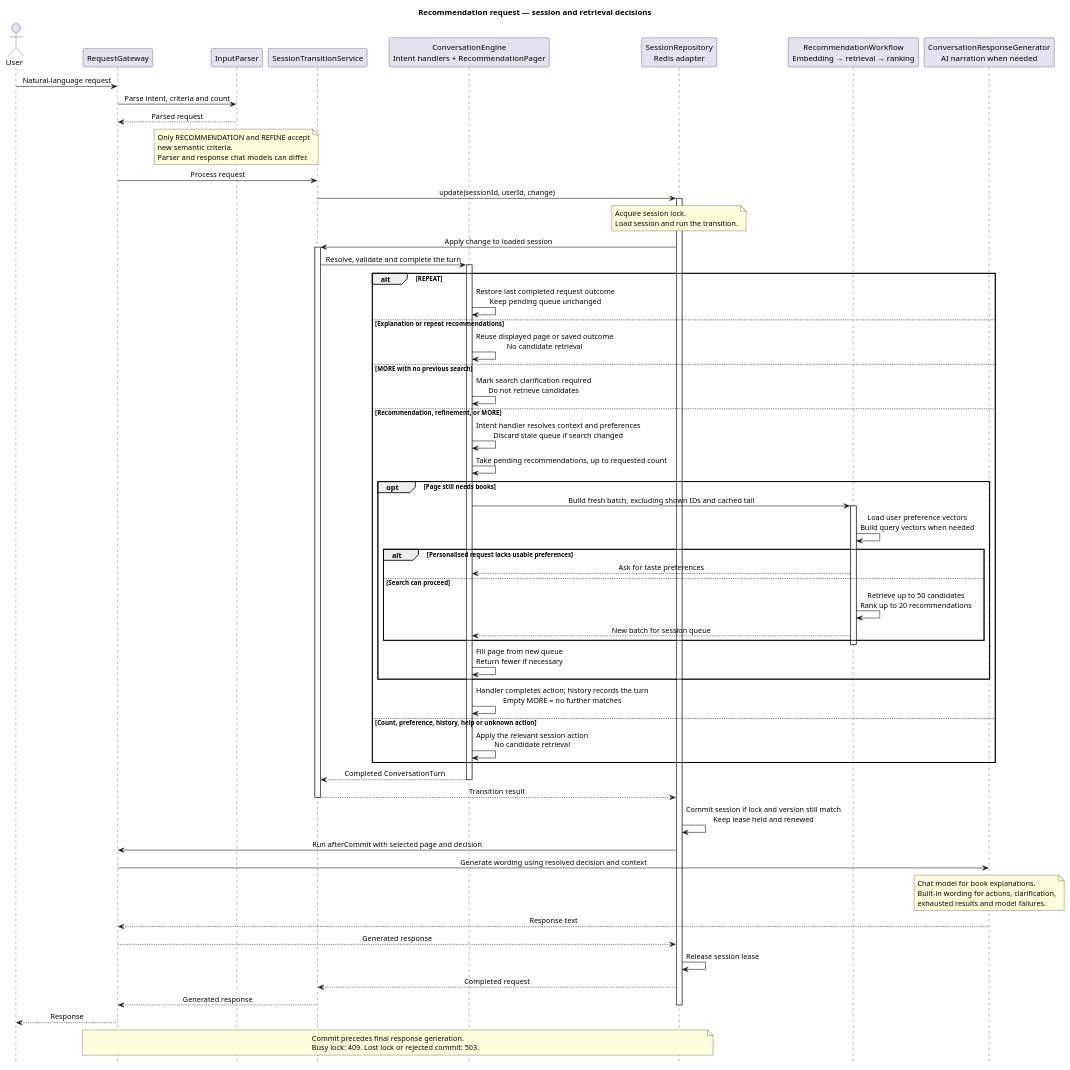
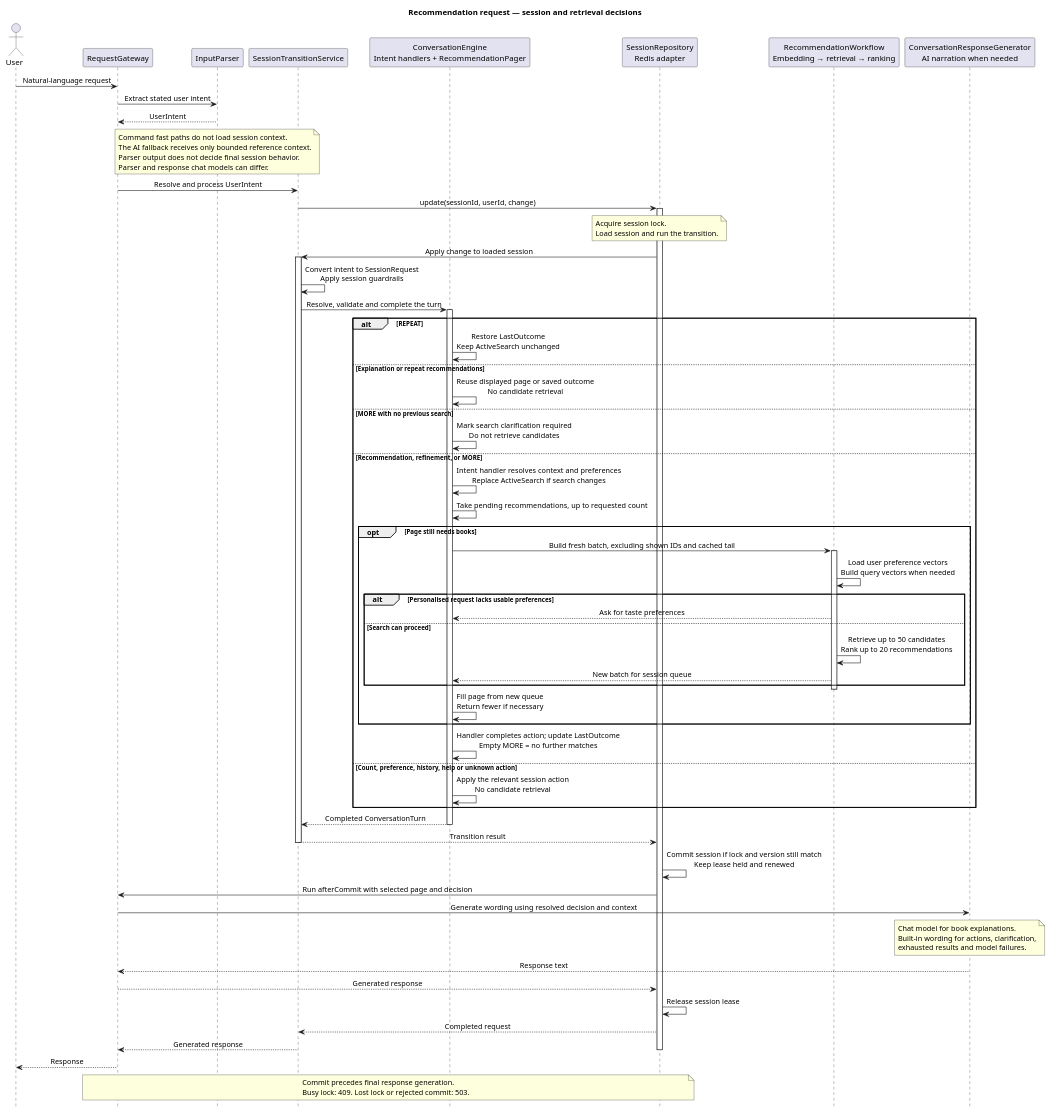
Before and after one commit to Juliu9/IT-Project: the diagram in docs/diagrams/recommendation-flow.puml, drawn with PlantUML. The commit also changed 145 other files, not shown here.

```diff
--- a/docs/diagrams/recommendation-flow.puml
+++ b/docs/diagrams/recommendation-flow.puml
@@ -1,88 +1,90 @@
 @startuml
 title Recommendation request — session and retrieval decisions
 skinparam backgroundColor #FFFFFF
 skinparam shadowing false
 skinparam defaultFontName SansSerif
 skinparam sequenceMessageAlign center
 hide footbox
 
 actor User
 participant RequestGateway as Gateway
 participant InputParser as Parser
 participant SessionTransitionService as Transition
 participant "ConversationEngine\nIntent handlers + RecommendationPager" as Engine
 participant "SessionRepository\nRedis adapter" as Sessions
 participant "RecommendationWorkflow\nEmbedding → retrieval → ranking" as Workflow
 participant "ConversationResponseGenerator\nAI narration when needed" as Response
 
 User -> Gateway : Natural-language request
-Gateway -> Parser : Parse intent, criteria and count
-Parser --> Gateway : Parsed request
+Gateway -> Parser : Extract stated user intent
+Parser --> Gateway : UserIntent
 note over Parser
-  Only RECOMMENDATION and REFINE accept
-  new semantic criteria.
+  Command fast paths do not load session context.
+  The AI fallback receives only bounded reference context.
+  Parser output does not decide final session behavior.
   Parser and response chat models can differ.
 end note
-Gateway -> Transition : Process request
+Gateway -> Transition : Resolve and process UserIntent
 Transition -> Sessions : update(sessionId, userId, change)
 activate Sessions
 note over Sessions
   Acquire session lock.
   Load session and run the transition.
 end note
 Sessions -> Transition : Apply change to loaded session
 activate Transition
+Transition -> Transition : Convert intent to SessionRequest\nApply session guardrails
 Transition -> Engine : Resolve, validate and complete the turn
 activate Engine
 
 alt REPEAT
-  Engine -> Engine : Restore last completed request outcome\nKeep pending queue unchanged
+  Engine -> Engine : Restore LastOutcome\nKeep ActiveSearch unchanged
 else Explanation or repeat recommendations
   Engine -> Engine : Reuse displayed page or saved outcome\nNo candidate retrieval
 else MORE with no previous search
   Engine -> Engine : Mark search clarification required\nDo not retrieve candidates
 else Recommendation, refinement, or MORE
-  Engine -> Engine : Intent handler resolves context and preferences\nDiscard stale queue if search changed
+  Engine -> Engine : Intent handler resolves context and preferences\nReplace ActiveSearch if search changes
   Engine -> Engine : Take pending recommendations, up to requested count
   opt Page still needs books
     Engine -> Workflow : Build fresh batch, excluding shown IDs and cached tail
     activate Workflow
     Workflow -> Workflow : Load user preference vectors\nBuild query vectors when needed
     alt Personalised request lacks usable preferences
       Workflow --> Engine : Ask for taste preferences
     else Search can proceed
       Workflow -> Workflow : Retrieve up to 50 candidates\nRank up to 20 recommendations
       Workflow --> Engine : New batch for session queue
     end
     deactivate Workflow
     Engine -> Engine : Fill page from new queue\nReturn fewer if necessary
   end
-  Engine -> Engine : Handler completes action; history records the turn\nEmpty MORE = no further matches
+  Engine -> Engine : Handler completes action; update LastOutcome\nEmpty MORE = no further matches
 else Count, preference, history, help or unknown action
   Engine -> Engine : Apply the relevant session action\nNo candidate retrieval
 end
 
 Engine --> Transition : Completed ConversationTurn
 deactivate Engine
 Transition --> Sessions : Transition result
 deactivate Transition
 Sessions -> Sessions : Commit session if lock and version still match\nKeep lease held and renewed
 Sessions -> Gateway : Run afterCommit with selected page and decision
 Gateway -> Response : Generate wording using resolved decision and context
 note over Response
   Chat model for book explanations.
   Built-in wording for actions, clarification,
   exhausted results and model failures.
 end note
 Response --> Gateway : Response text
 Gateway --> Sessions : Generated response
 Sessions -> Sessions : Release session lease
 Sessions --> Transition : Completed request
 Transition --> Gateway : Generated response
 deactivate Sessions
 Gateway --> User : Response
 note over Gateway, Sessions
   Commit precedes final response generation.
   Busy lock: 409. Lost lock or rejected commit: 503.
 end note
 @enduml
```
